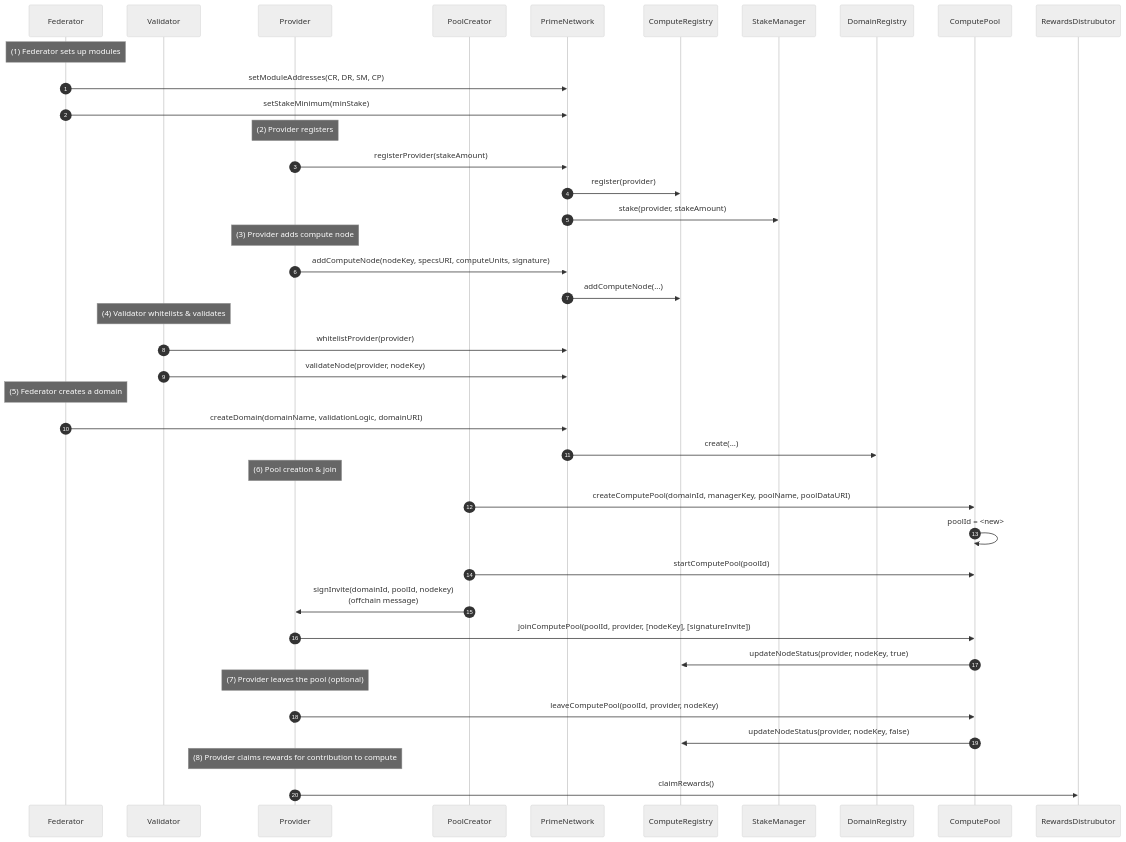
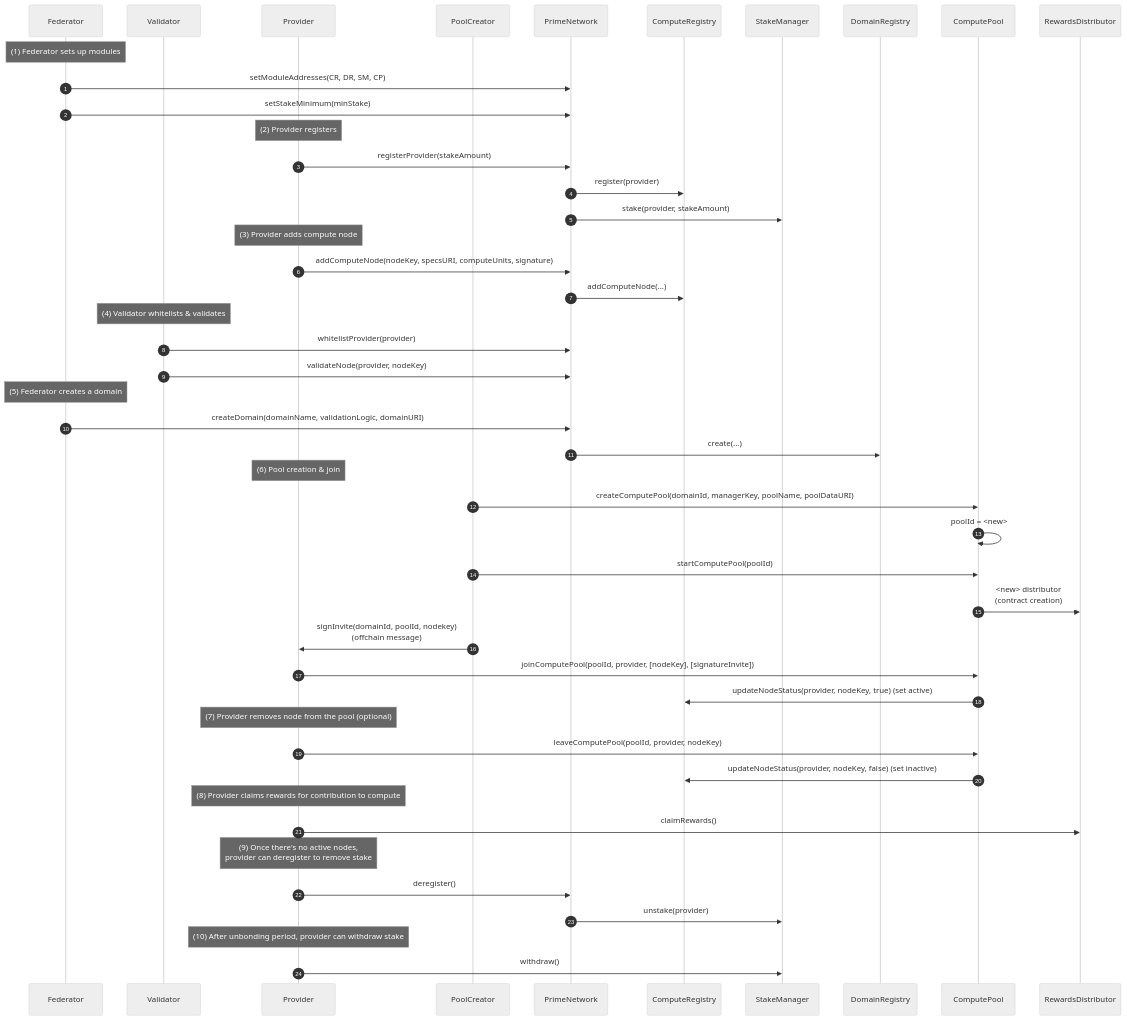
Before and after one commit to outwrit/smart-contracts: the diagram in README.md, drawn with Mermaid (neutral theme).

Commit message:
fix misspelling, add deregistration+unstaking flow

````diff
--- a/README.md
+++ b/README.md
@@ -90,50 +90,58 @@
 ```mermaid
 sequenceDiagram
     autonumber
     participant F as Federator
     participant V as Validator
     participant P as Provider
     participant PC as PoolCreator
     participant PN as PrimeNetwork
     participant CR as ComputeRegistry
     participant SM as StakeManager
     participant DR as DomainRegistry
     participant CP as ComputePool
-    participant RD as RewardsDistrubutor
+    participant RD as RewardsDistributor
 
     Note over F: (1) Federator sets up modules
     F->>PN: setModuleAddresses(CR, DR, SM, CP)
     F->>PN: setStakeMinimum(minStake)
 
     Note over P: (2) Provider registers
     P->>PN: registerProvider(stakeAmount)
     PN->>CR: register(provider)
     PN->>SM: stake(provider, stakeAmount)
 
     Note over P: (3) Provider adds compute node
     P->>PN: addComputeNode(nodeKey, specsURI, computeUnits, signature)
     PN->>CR: addComputeNode(...)
 
     Note over V: (4) Validator whitelists & validates
     V->>PN: whitelistProvider(provider)
     V->>PN: validateNode(provider, nodeKey)
 
     Note over F: (5) Federator creates a domain
     F->>PN: createDomain(domainName, validationLogic, domainURI)
     PN->>DR: create(...)
 
     Note over P: (6) Pool creation & join
     PC->>CP: createComputePool(domainId, managerKey, poolName, poolDataURI)
     CP->>CP: poolId = <new>
     PC->>CP: startComputePool(poolId)
+    CP->>RD: <new> distributor <br /> (contract creation)
     PC->>P: signInvite(domainId, poolId, nodekey) <br /> (offchain message)
     P->>CP: joinComputePool(poolId, provider, [nodeKey], [signatureInvite])
-    CP->>CR: updateNodeStatus(provider, nodeKey, true)
+    CP->>CR: updateNodeStatus(provider, nodeKey, true) (set active)
 
-    Note over P: (7) Provider leaves the pool (optional)
+    Note over P: (7) Provider removes node from the pool (optional)
     P->>CP: leaveComputePool(poolId, provider, nodeKey)
-    CP->>CR: updateNodeStatus(provider, nodeKey, false)
+    CP->>CR: updateNodeStatus(provider, nodeKey, false) (set inactive)
 
     Note over P: (8) Provider claims rewards for contribution to compute
     P->>RD: claimRewards()
+
+    Note over P: (9) Once there's no active nodes, <br /> provider can deregister to remove stake
+    P->>PN: deregister()
+    PN->>SM: unstake(provider)
+
+    Note over P: (10) After unbonding period, provider can withdraw stake
+    P->>SM: withdraw()
 ```
````
